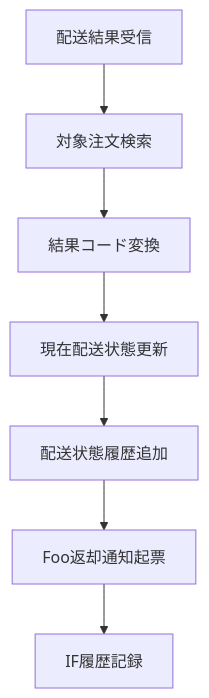
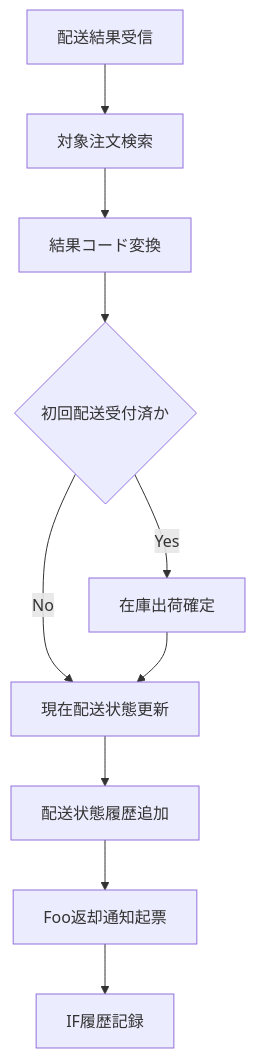
Before and after one commit to CalorieMateEater/training-project-logistics-company: the diagram in docs/自社内部設計/業務設計/メソッド設計書/MTD-006_配送結果受付・配送状態反映メソッド設計書.md, drawn with Mermaid. The commit also changed other lines of this file and 235 other files, not shown here.

````diff
--- a/docs/自社内部設計/業務設計/メソッド設計書/MTD-006_配送結果受付・配送状態反映メソッド設計書.md
+++ b/docs/自社内部設計/業務設計/メソッド設計書/MTD-006_配送結果受付・配送状態反映メソッド設計書.md
@@ -30,9 +31,12 @@
 ```mermaid
 flowchart TD
     A[配送結果受信] --> B[対象注文検索]
     B --> C[結果コード変換]
-    C --> D[現在配送状態更新]
-    D --> E[配送状態履歴追加]
-    E --> F[Foo返却通知起票]
-    F --> G[IF履歴記録]
+    C --> D{初回配送受付済か}
+    D -->|Yes| E[在庫出荷確定]
+    D -->|No| F[現在配送状態更新]
+    E --> F
+    F --> G[配送状態履歴追加]
+    G --> H[Foo返却通知起票]
+    H --> I[IF履歴記録]
 ```
````
